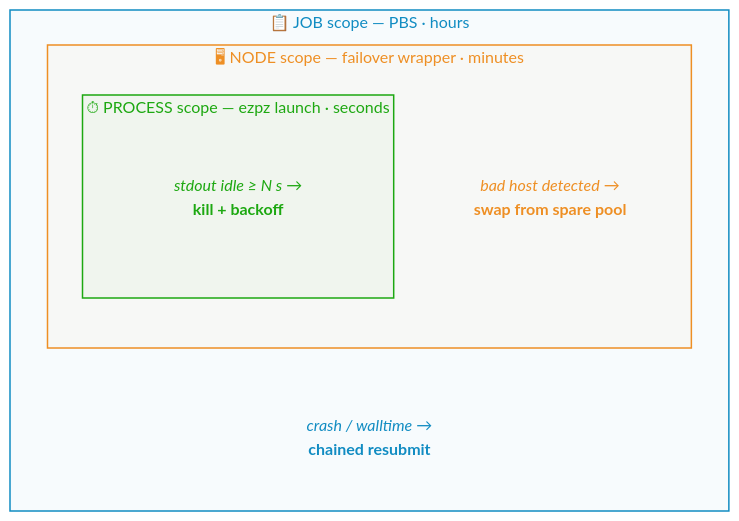
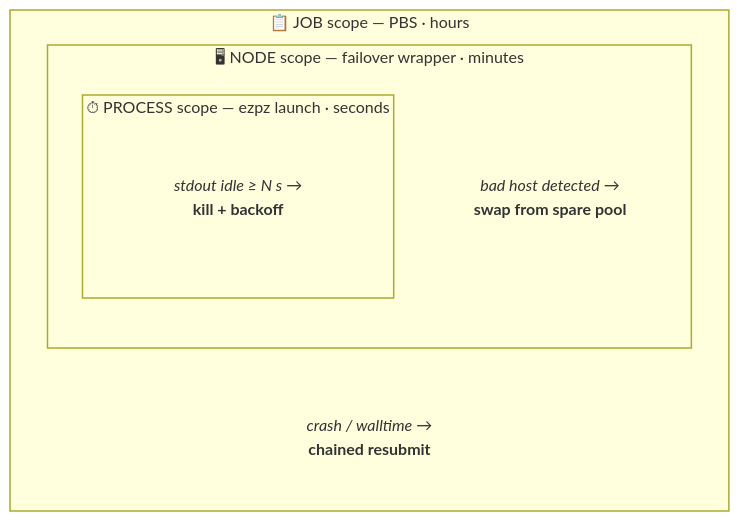
Before and after one commit to saforem2/samf.sh: the third of 3 diagrams in web/src/pages/talks/2026/11/20/index.mdx, drawn with Mermaid. The commit also changed other lines of this file and 2 other files, not shown here.

First line of the commit message:
slides: three-step loss-chart reveal, theme fonts, themed mermaid diagrams

````diff
--- a/web/src/pages/talks/2026/11/20/index.mdx
+++ b/web/src/pages/talks/2026/11/20/index.mdx
@@ -306,25 +306,25 @@
 ```mermaid
 flowchart TB
     subgraph job["📋 JOB scope — PBS · hours"]
         JOB_TXT["<i>crash / walltime</i> →<br/><span style='font-weight:700'>chained resubmit</span>"]
         subgraph node["🖥 NODE scope — failover wrapper · minutes"]
             NODE_TXT["<i>bad host detected</i> →<br/><span style='font-weight:700'>swap from spare pool</span>"]
             subgraph proc["⏱ PROCESS scope — ezpz launch · seconds"]
                 PROC_TXT["<i>stdout idle ≥ N s</i> →<br/><span style='font-weight:700'>kill + backoff</span>"]
             end
         end
     end
 
-    classDef jobC  fill:#118cc208,stroke:#118cc2,color:#118cc2,stroke-width:1.5px
-    classDef nodeC fill:#ee8f2408,stroke:#ee8f24,color:#ee8f24,stroke-width:1.5px
-    classDef procC fill:#1da81108,stroke:#1da811,color:#1da811,stroke-width:1.5px
-    classDef jobTxt  fill:transparent,stroke:none,color:#118cc2
-    classDef nodeTxt fill:transparent,stroke:none,color:#ee8f24
-    classDef procTxt fill:transparent,stroke:none,color:#1da811
+    classDef jobC  stroke-width:1.5px
+    classDef nodeC stroke-width:1.5px
+    classDef procC stroke-width:1.5px
+    classDef jobTxt  fill:transparent,stroke:none
+    classDef nodeTxt fill:transparent,stroke:none
+    classDef procTxt fill:transparent,stroke:none
     class JOB_TXT jobTxt
     class NODE_TXT nodeTxt
     class PROC_TXT procTxt
     class job jobC
     class node nodeC
     class proc procC
 ```
````
